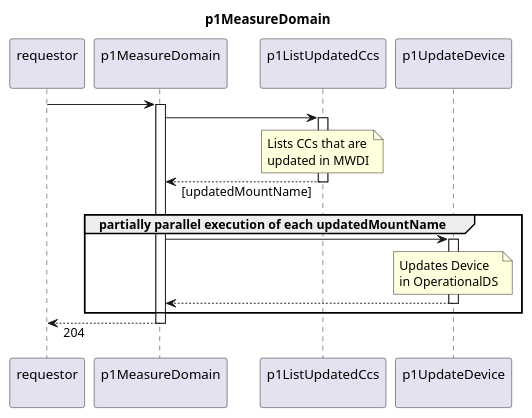
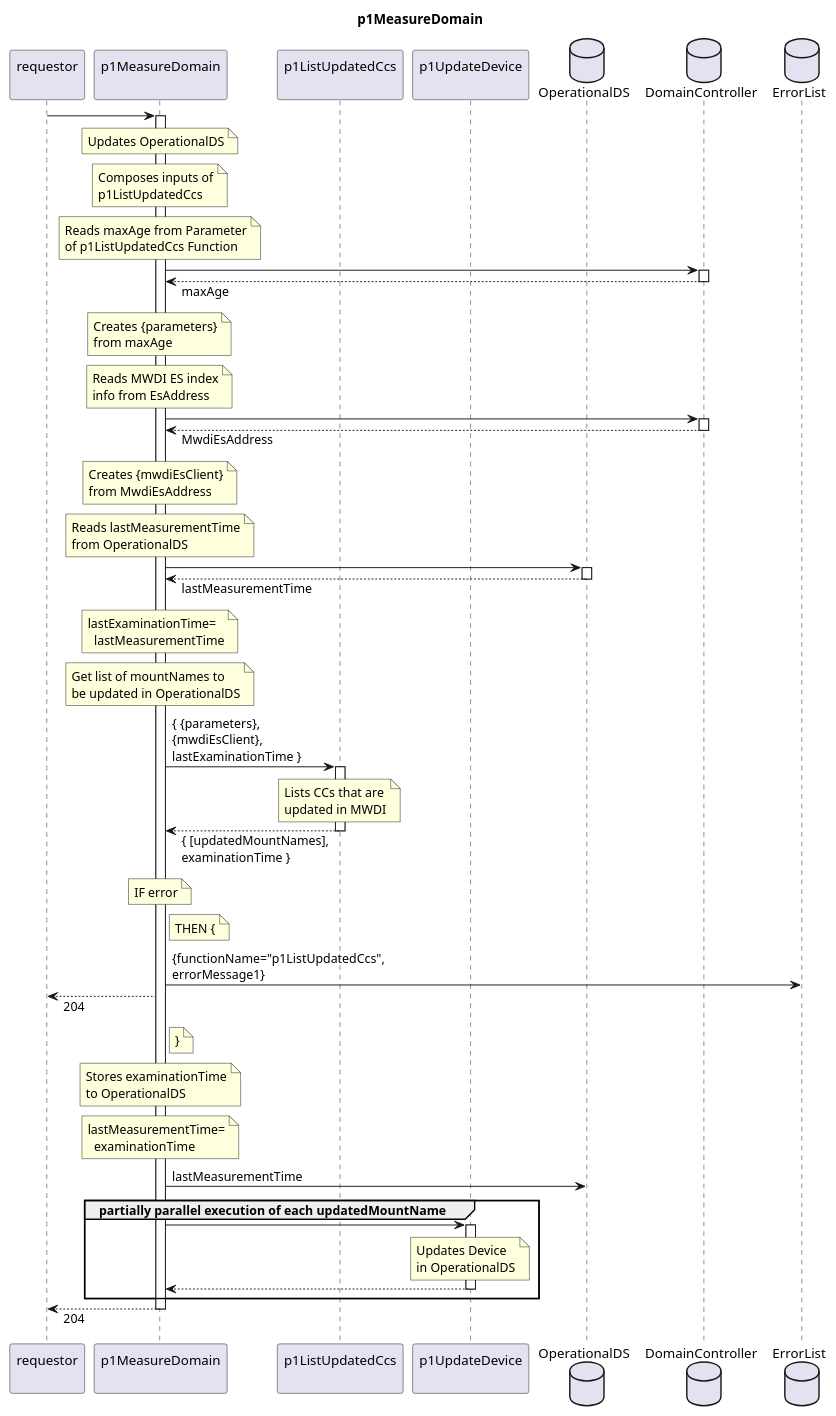
The diagram in spec/Functions/Measurement/p1MeasureDomain/1.0.0/p1MeasureDomain.plantuml (openBackhaul/FirmWareManager), drawn with PlantUML before and after one commit. The commit also changed 23 other files, not shown here.

Commit message:
Define generic p1ListUpdatedCcs and its embedding in p1MeasureDomain

```diff
--- a/spec/Functions/Measurement/p1MeasureDomain/1.0.0/p1MeasureDomain.plantuml
+++ b/spec/Functions/Measurement/p1MeasureDomain/1.0.0/p1MeasureDomain.plantuml
@@ -1,40 +1,114 @@
 @startuml p1MeasureDomain
 skinparam responseMessageBelowArrow true
 
 title
   p1MeasureDomain
 end title
 
 participant "requestor\n" as requestor
 participant "p1MeasureDomain\n" as indServ
 participant "p1ListUpdatedCcs\n" as listCcs
 participant "p1UpdateDevice\n" as updateCc
 
+database "OperationalDS" as OpDS
+database "DomainController" as DC
+database "ErrorList" as hEL
+
 requestor -> indServ
 activate indServ
 
-  indServ -> listCcs
+  note over indServ
+    Updates OperationalDS
+  end note
+
+  note over indServ
+    Composes inputs of
+    p1ListUpdatedCcs
+  end note
+  note over indServ
+    Reads maxAge from Parameter
+    of p1ListUpdatedCcs Function
+  end note
+  indServ -> DC
+  activate DC
+  indServ <-- DC: maxAge
+  deactivate DC
+  note over indServ
+    Creates {parameters}
+    from maxAge
+  end note
+  note over indServ
+    Reads MWDI ES index
+    info from EsAddress
+  end note
+  indServ -> DC
+  activate DC
+  indServ <-- DC: MwdiEsAddress
+  deactivate DC
+  note over indServ
+    Creates {mwdiEsClient}
+    from MwdiEsAddress
+  end note
+  note over indServ
+    Reads lastMeasurementTime
+    from OperationalDS
+  end note
+  indServ -> OpDS
+  activate OpDS
+  indServ <-- OpDS: lastMeasurementTime
+  deactivate OpDS
+  note over indServ
+    lastExaminationTime=
+      lastMeasurementTime
+  end note
+
+  note over indServ
+    Get list of mountNames to
+    be updated in OperationalDS
+  end note
+  indServ -> listCcs: { {parameters},\n{mwdiEsClient},\nlastExaminationTime }
   activate listCcs
     note over listCcs
       Lists CCs that are
       updated in MWDI
     end note
-  indServ <-- listCcs: [updatedMountName]
+  indServ <-- listCcs: { [updatedMountNames],\nexaminationTime }
   deactivate listCcs
+  note over indServ
+    IF error
+  end note
+  note right indServ
+    THEN {
+  end note
+  indServ -> hEL: {functionName="p1ListUpdatedCcs",\nerrorMessage1}
+  requestor <-- indServ: 204
+  note right indServ
+    }
+  end note
+
+  note over indServ
+    Stores examinationTime
+    to OperationalDS
+  end note
+  note over indServ
+    lastMeasurementTime=
+      examinationTime
+  end note
+  indServ -> OpDS: lastMeasurementTime
 
   group partially parallel execution of each updatedMountName
     indServ -> updateCc
     activate updateCc
       note over updateCc
         Updates Device
         in OperationalDS
       end note
 
     indServ <-- updateCc
     deactivate updateCc
   end group updatedMountNames
 
 requestor <-- indServ: 204
 deactivate indServ
 
 @enduml
```
